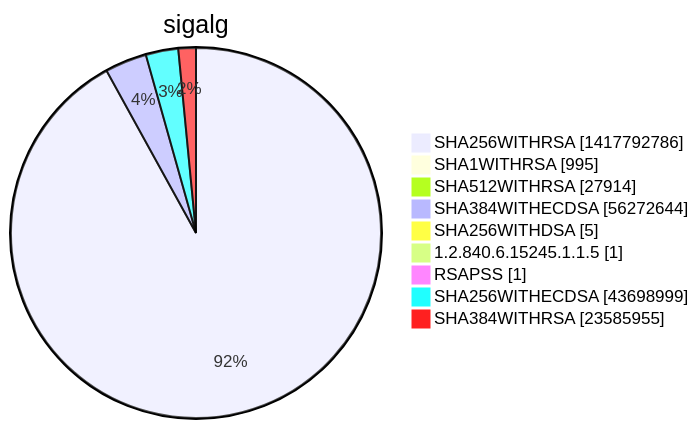
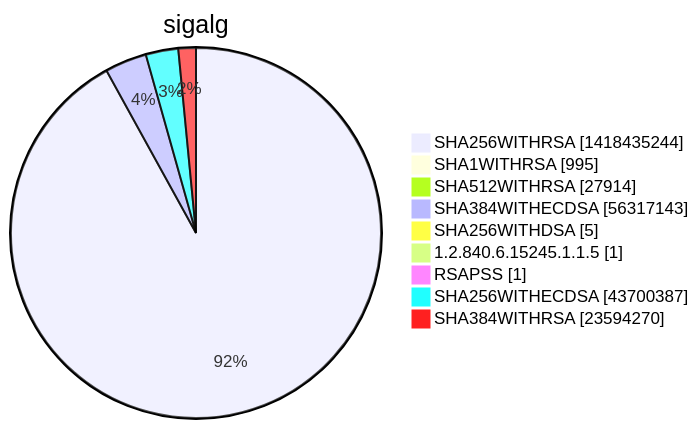
Before and after one commit to christiankrug/ctmonitor_visualization: diagram 15 of 15 in xenon2022/README.md, drawn with Mermaid. The commit also changed other lines of this file, not shown here.

````diff
--- a/xenon2022/README.md
+++ b/xenon2022/README.md
@@ -5858,13 +5858,13 @@
 ```mermaid
 pie showData
 title sigalg
-"SHA256WITHRSA" :1417792786
+"SHA256WITHRSA" :1418435244
 "SHA1WITHRSA" :995
 "SHA512WITHRSA" :27914
-"SHA384WITHECDSA" :56272644
+"SHA384WITHECDSA" :56317143
 "SHA256WITHDSA" :5
 "1.2.840.6.15245.1.1.5" :1
 "RSAPSS" :1
-"SHA256WITHECDSA" :43698999
-"SHA384WITHRSA" :23585955
+"SHA256WITHECDSA" :43700387
+"SHA384WITHRSA" :23594270
 ```
````
